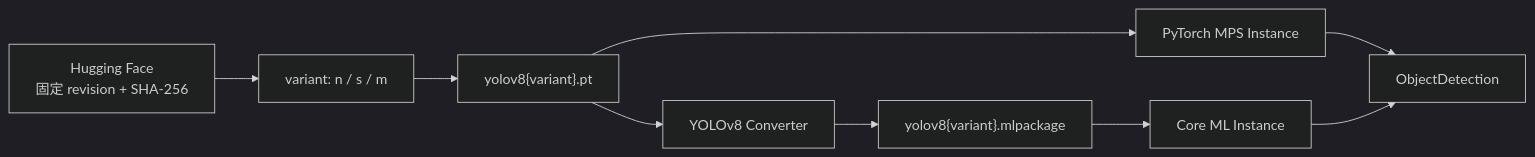
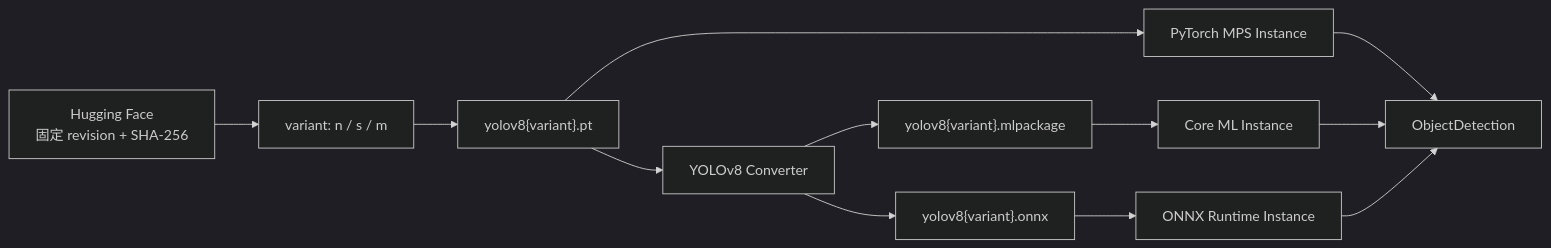
The diagram in doc/14-yolov8-sdk.md (devilyouwei/hugging-mac), drawn with Mermaid (dark theme) before and after one commit. The commit also changed other lines of this file and 103 other files, not shown here.

````diff
--- a/doc/14-yolov8-sdk.md
+++ b/doc/14-yolov8-sdk.md
@@ -10,15 +10,18 @@
 ```mermaid
 flowchart LR
     HF["Hugging Face<br/>固定 revision + SHA-256"]
     Variant["variant: n / s / m"]
     PT["yolov8{variant}.pt"]
     MPS["PyTorch MPS Instance"]
     Convert["YOLOv8 Converter"]
     MLPackage["yolov8{variant}.mlpackage"]
     CoreML["Core ML Instance"]
+    ONNXArtifact["yolov8{variant}.onnx"]
+    ONNX["ONNX Runtime Instance"]
     Capability["ObjectDetection"]
 
     HF --> Variant --> PT
     PT --> MPS --> Capability
     PT --> Convert --> MLPackage --> CoreML --> Capability
+    Convert --> ONNXArtifact --> ONNX --> Capability
 ```
````
